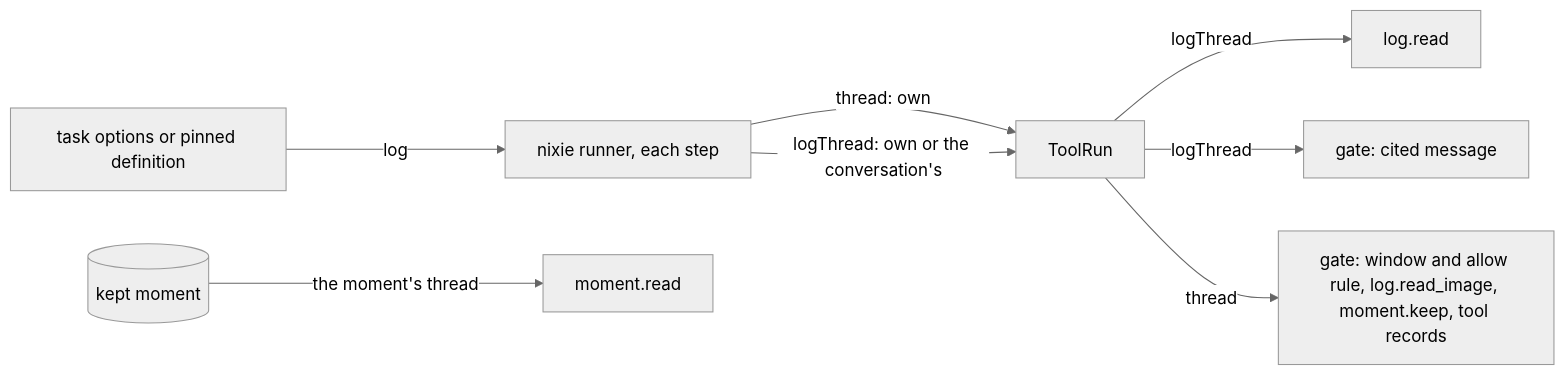
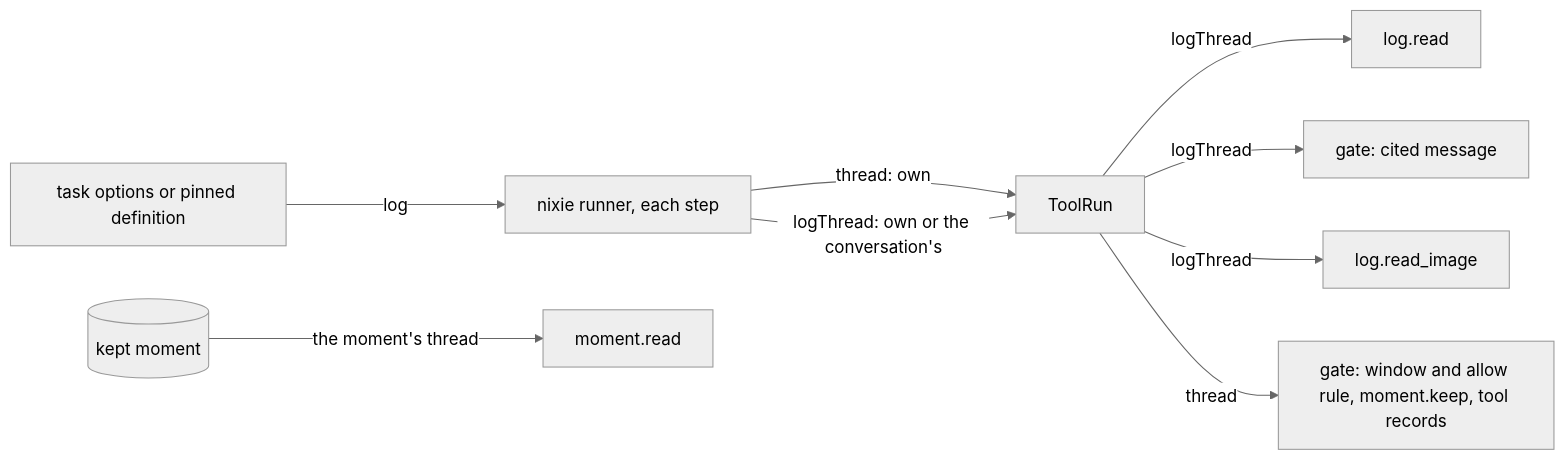
The diagram in docs/design/queue/thread-reads.md (zgeoff/nixie), drawn with Mermaid (neutral theme) before and after one commit. The commit also changed other lines of this file and 95 other files, not shown here.

````diff
--- a/docs/design/queue/thread-reads.md
+++ b/docs/design/queue/thread-reads.md
@@ -26,10 +28,11 @@
 ```mermaid
 flowchart LR
   options[task options or pinned definition] -->|"log"| runner[nixie runner, each step]
   runner -->|"thread: own"| run[ToolRun]
   runner -->|"logThread: own or the conversation's"| run
   run -->|logThread| logread[log.read]
   run -->|logThread| cited[gate: cited message]
-  run -->|thread| own["gate: window and allow rule, log.read_image, moment.keep, tool records"]
+  run -->|logThread| image[log.read_image]
+  run -->|thread| own["gate: window and allow rule, moment.keep, tool records"]
   moment[(kept moment)] -->|"the moment's thread"| momentread[moment.read]
 ```
````
